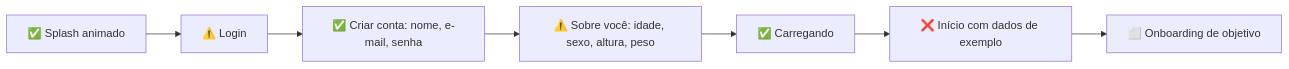
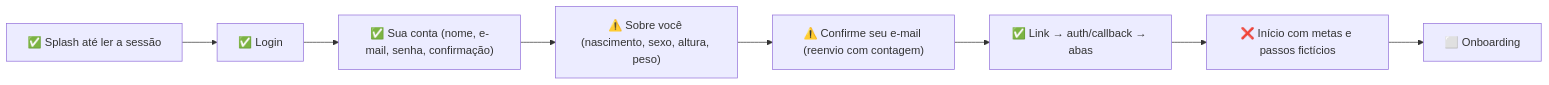
One commit to willians-e-silva/treina changed the first of 7 diagrams in audit/analysis.md. Above: the diagram before and after it, drawn with Mermaid. The commit also changed other lines of this file and 22 other files, not shown here.

````diff
--- a/audit/analysis.md
+++ b/audit/analysis.md
@@ -1891,16 +2030,18 @@
 ```mermaid
 flowchart LR
-  s0["✅ Splash animado"]
-  s1["⚠️ Login"]
+  s0["✅ Splash até ler a sessão"]
+  s1["✅ Login"]
   s0 --> s1
-  s2["✅ Criar conta: nome, e-mail, senha"]
+  s2["✅ Sua conta (nome, e-mail, senha, confirmação)"]
   s1 --> s2
-  s3["⚠️ Sobre você: idade, sexo, altura, peso"]
+  s3["⚠️ Sobre você (nascimento, sexo, altura, peso)"]
   s2 --> s3
-  s4["✅ Carregando"]
+  s4["⚠️ Confirme seu e-mail (reenvio com contagem)"]
   s3 --> s4
-  s5["❌ Início com dados de exemplo"]
+  s5["✅ Link → auth/callback → abas"]
   s4 --> s5
-  s6["⬜ Onboarding de objetivo"]
+  s6["❌ Início com metas e passos fictícios"]
   s5 --> s6
+  s7["⬜ Onboarding"]
+  s6 --> s7
 ```
````
